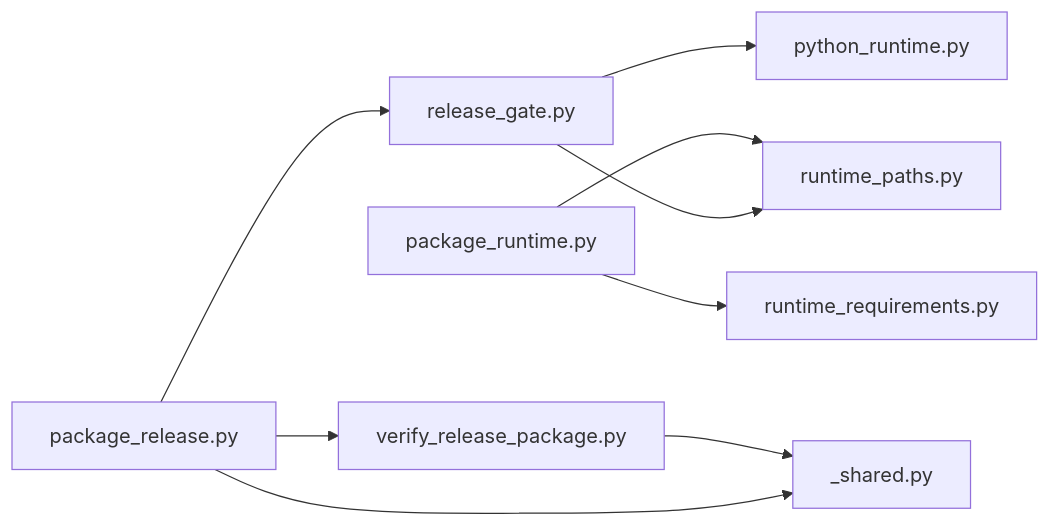
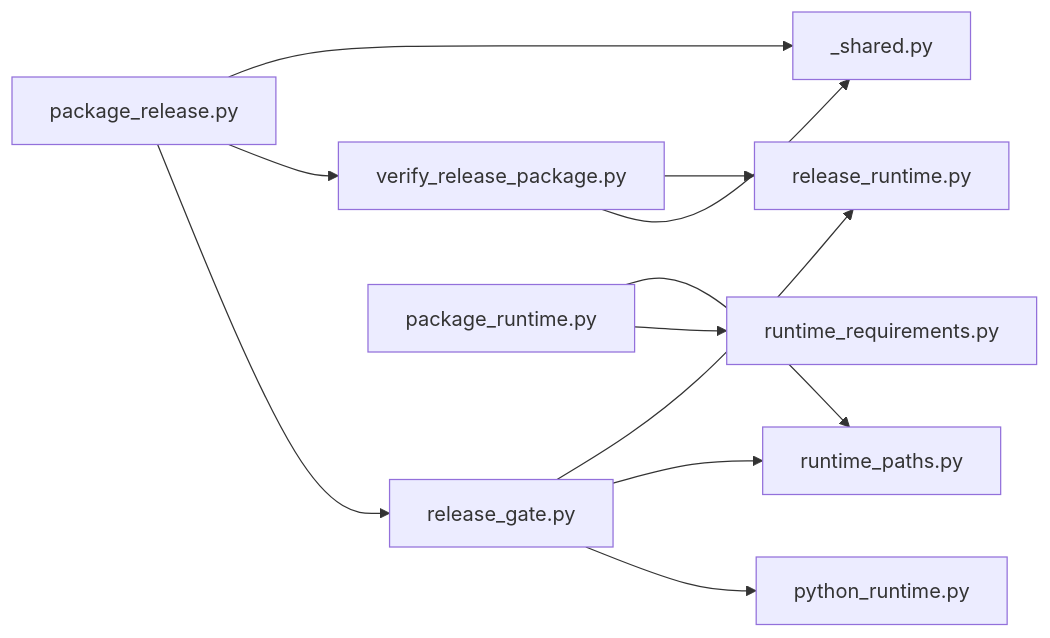
Before and after one commit to haolange/RDC-Tool: the ninth of 9 diagrams in .qoder/repowiki/zh/content/部署和发布/发布打包.md, drawn with Mermaid. The commit also changed other lines of this file and 53 other files, not shown here.

````diff
--- a/.qoder/repowiki/zh/content/部署和发布/发布打包.md
+++ b/.qoder/repowiki/zh/content/部署和发布/发布打包.md
@@ -378,11 +440,13 @@
 ```mermaid
 graph LR
 PR["package_release.py"] --> RG["release_gate.py"]
 PR --> VP["verify_release_package.py"]
 PR --> SH["_shared.py"]
 PAR["package_runtime.py"] --> RR["runtime_requirements.py"]
 RG --> PH["python_runtime.py"]
 RG --> RP["runtime_paths.py"]
+RG --> IR["release_runtime.py"]
 VP --> SH
+VP --> IR
 PAR --> RP
 ```
````
